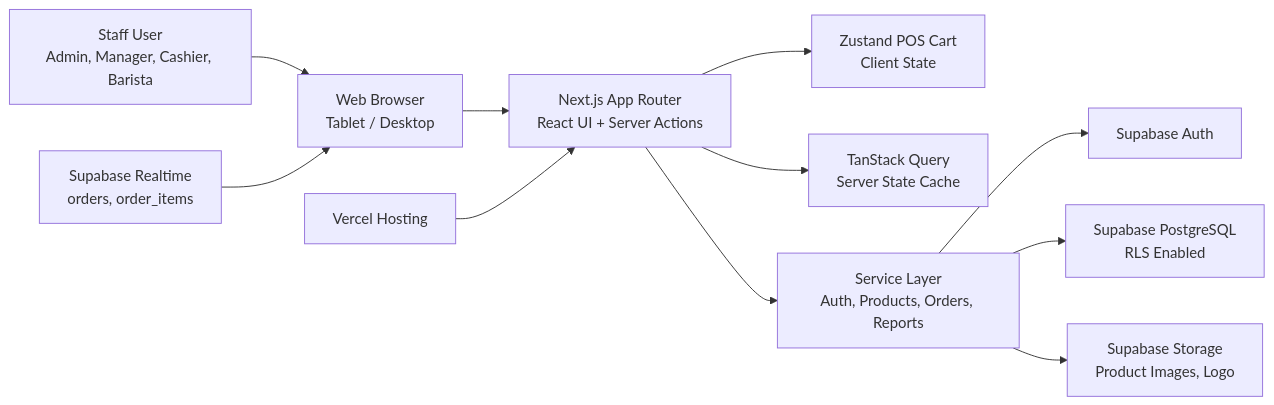
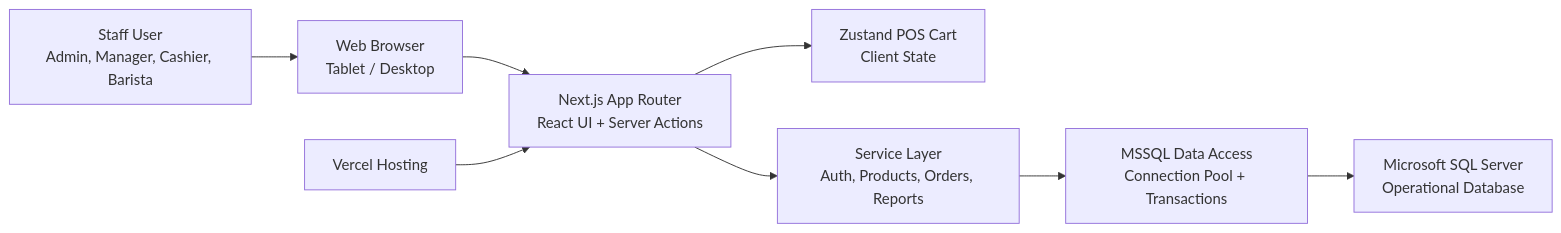
One commit to apiwatapply-svg/POS_coffee changed the first of 6 diagrams in docs/system_architecture.md. Above: the diagram before and after it, drawn with Mermaid. The commit also changed other lines of this file and 29 other files, not shown here.

Commit message:
feat: migrate data layer to mssql

````diff
--- a/docs/system_architecture.md
+++ b/docs/system_architecture.md
@@ -30,25 +23,19 @@
 ```mermaid
 flowchart LR
   User["Staff User<br/>Admin, Manager, Cashier, Barista"]
   Browser["Web Browser<br/>Tablet / Desktop"]
   NextApp["Next.js App Router<br/>React UI + Server Actions"]
   ClientState["Zustand POS Cart<br/>Client State"]
-  QueryLayer["TanStack Query<br/>Server State Cache"]
   Services["Service Layer<br/>Auth, Products, Orders, Reports"]
-  SupabaseAuth["Supabase Auth"]
-  SupabaseDB["Supabase PostgreSQL<br/>RLS Enabled"]
-  SupabaseRealtime["Supabase Realtime<br/>orders, order_items"]
-  SupabaseStorage["Supabase Storage<br/>Product Images, Logo"]
+  MssqlClient["MSSQL Data Access<br/>Connection Pool + Transactions"]
+  SqlServer["Microsoft SQL Server<br/>Operational Database"]
   Vercel["Vercel Hosting"]
 
   User --> Browser
   Browser --> NextApp
   NextApp --> ClientState
-  NextApp --> QueryLayer
   NextApp --> Services
-  Services --> SupabaseAuth
-  Services --> SupabaseDB
-  Services --> SupabaseStorage
-  SupabaseRealtime --> Browser
+  Services --> MssqlClient
+  MssqlClient --> SqlServer
   Vercel --> NextApp
 ```
````
